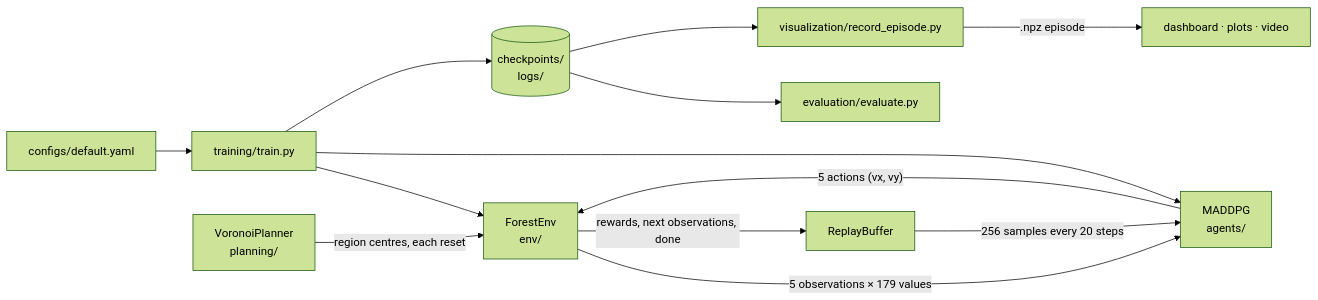
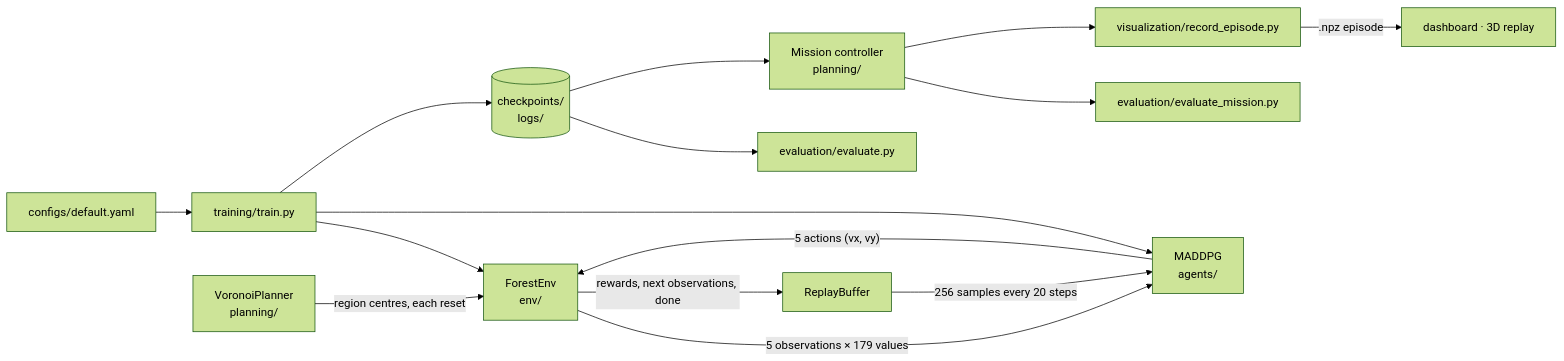
Before and after one commit to wonka05/uav-swarm: the diagram in README.md, drawn with Mermaid (forest theme). The commit also changed other lines of this file and 2 other files, not shown here.

````diff
--- a/README.md
+++ b/README.md
@@ -32,15 +37,17 @@
 ```mermaid
 flowchart LR
     CFG["configs/default.yaml"] --> TR["training/train.py"]
     TR --> ENV["ForestEnv<br/>env/"]
     TR --> AG["MADDPG<br/>agents/"]
     VOR["VoronoiPlanner<br/>planning/"] -- "region centres, each reset" --> ENV
     ENV -- "5 observations × 179 values" --> AG
     AG -- "5 actions (vx, vy)" --> ENV
     ENV -- "rewards, next observations, done" --> BUF["ReplayBuffer"]
     BUF -- "256 samples every 20 steps" --> AG
     TR --> CK[("checkpoints/<br/>logs/")]
     CK --> EV["evaluation/evaluate.py"]
-    CK --> RE["visualization/record_episode.py"]
-    RE -- ".npz episode" --> VIS["dashboard · plots · video"]
+    CK --> MC["Mission controller<br/>planning/"]
+    MC --> EM["evaluation/evaluate_mission.py"]
+    MC --> RE["visualization/record_episode.py"]
+    RE -- ".npz episode" --> VIS["dashboard · 3D replay"]
 ```
````
